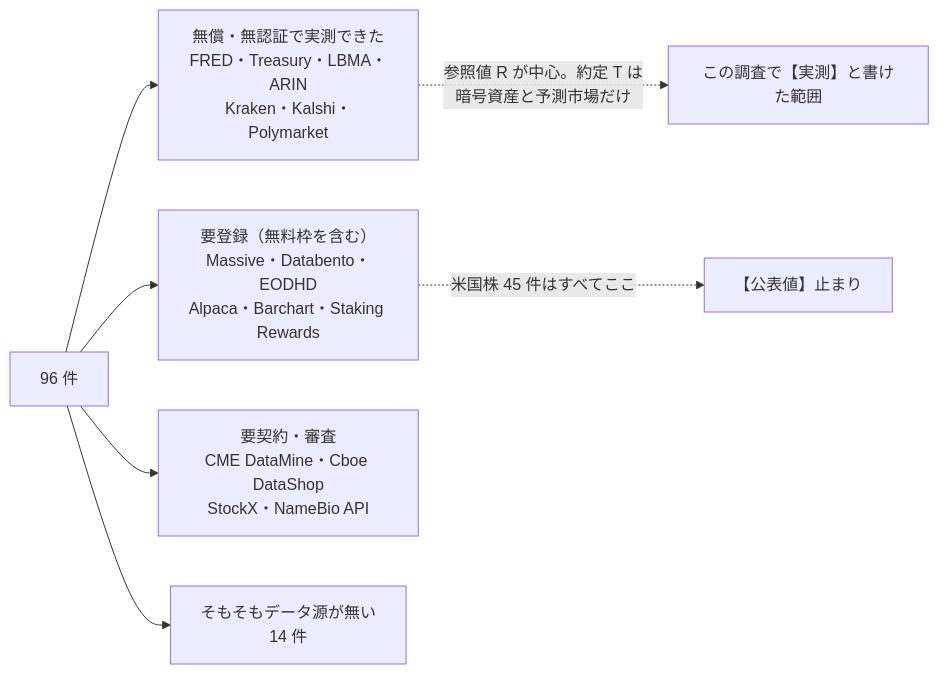
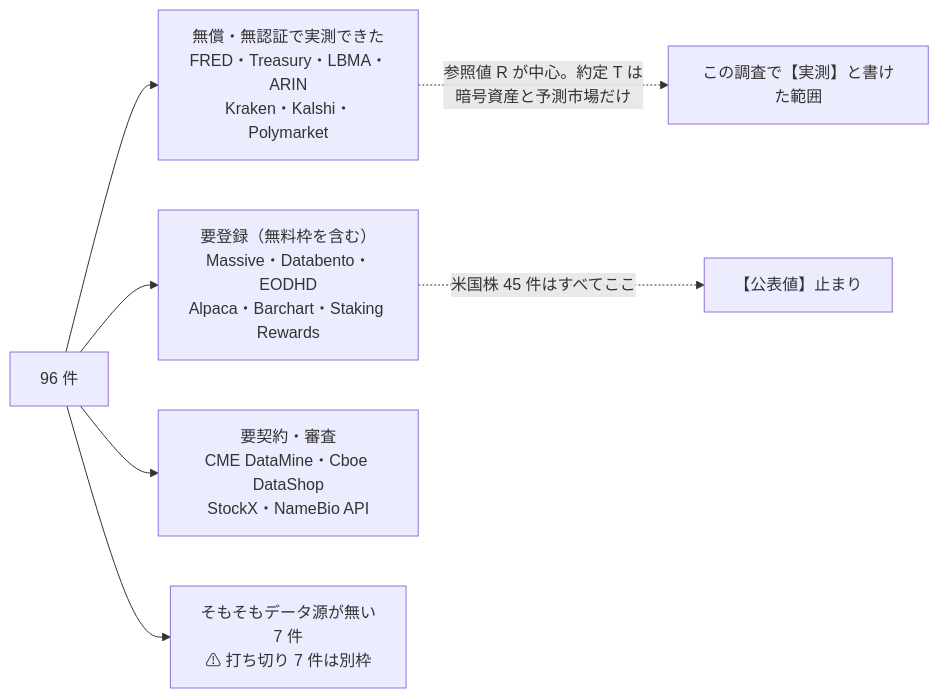
The third of 5 diagrams in docs/specs/market-data-availability.md (akiraak/ai-income-lab), drawn with Mermaid before and after one commit. The commit also changed other lines of this file and 3 other files, not shown here.

````diff
--- a/docs/specs/market-data-availability.md
+++ b/docs/specs/market-data-availability.md
@@ -113,9 +116,9 @@
 ```mermaid
 flowchart LR
   Q["96 件"] --> F["無償・無認証で実測できた<br/>FRED・Treasury・LBMA・ARIN<br/>Kraken・Kalshi・Polymarket"]
   Q --> R["要登録（無料枠を含む）<br/>Massive・Databento・EODHD<br/>Alpaca・Barchart・Staking Rewards"]
   Q --> K["要契約・審査<br/>CME DataMine・Cboe DataShop<br/>StockX・NameBio API"]
-  Q --> X["そもそもデータ源が無い<br/>14 件"]
+  Q --> X["そもそもデータ源が無い<br/>7 件<br/>⚠ 打ち切り 7 件は別枠"]
   F -.->|参照値 R が中心。約定 T は暗号資産と予測市場だけ| Y["この調査で【実測】と書けた範囲"]
   R -.->|米国株 45 件はすべてここ| Z["【公表値】止まり"]
 ```
````
